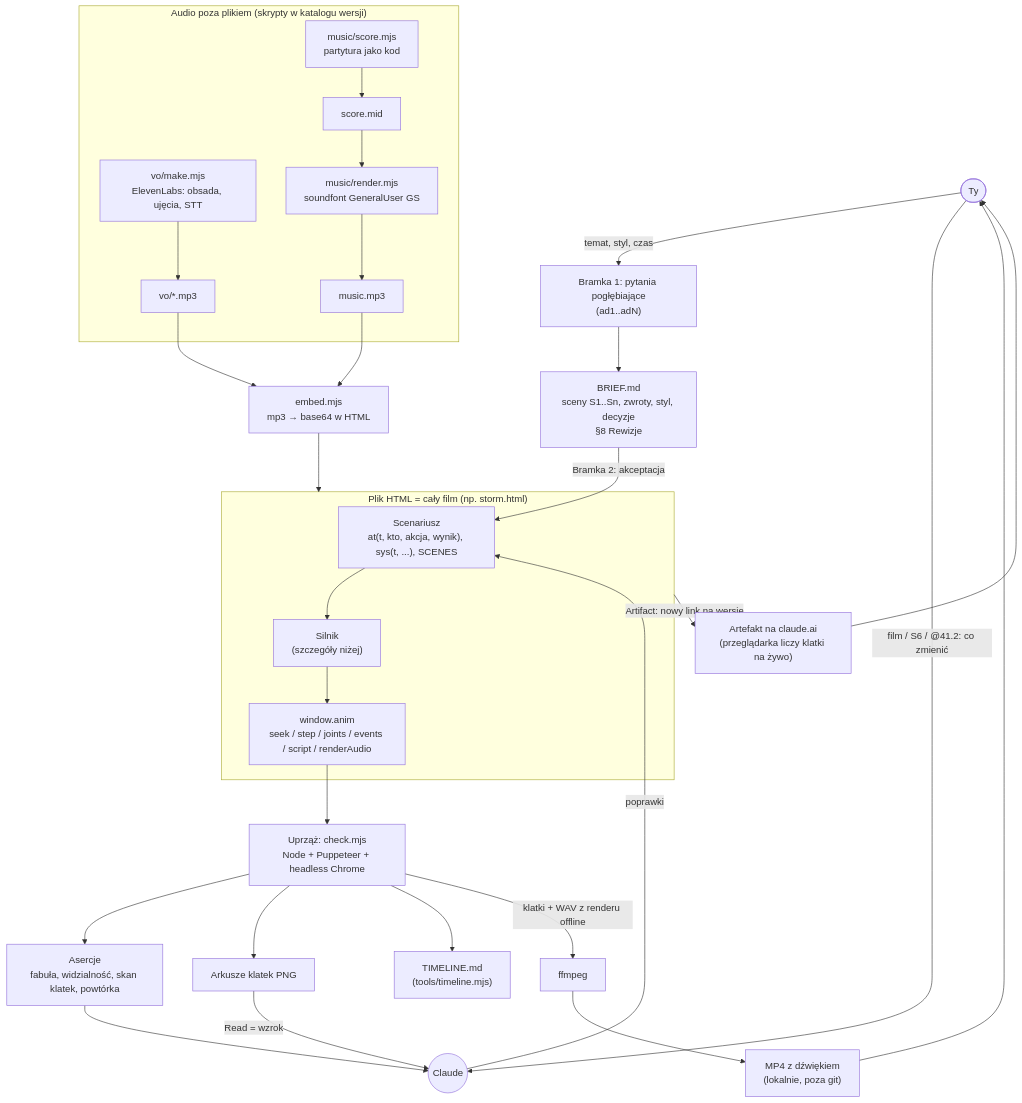
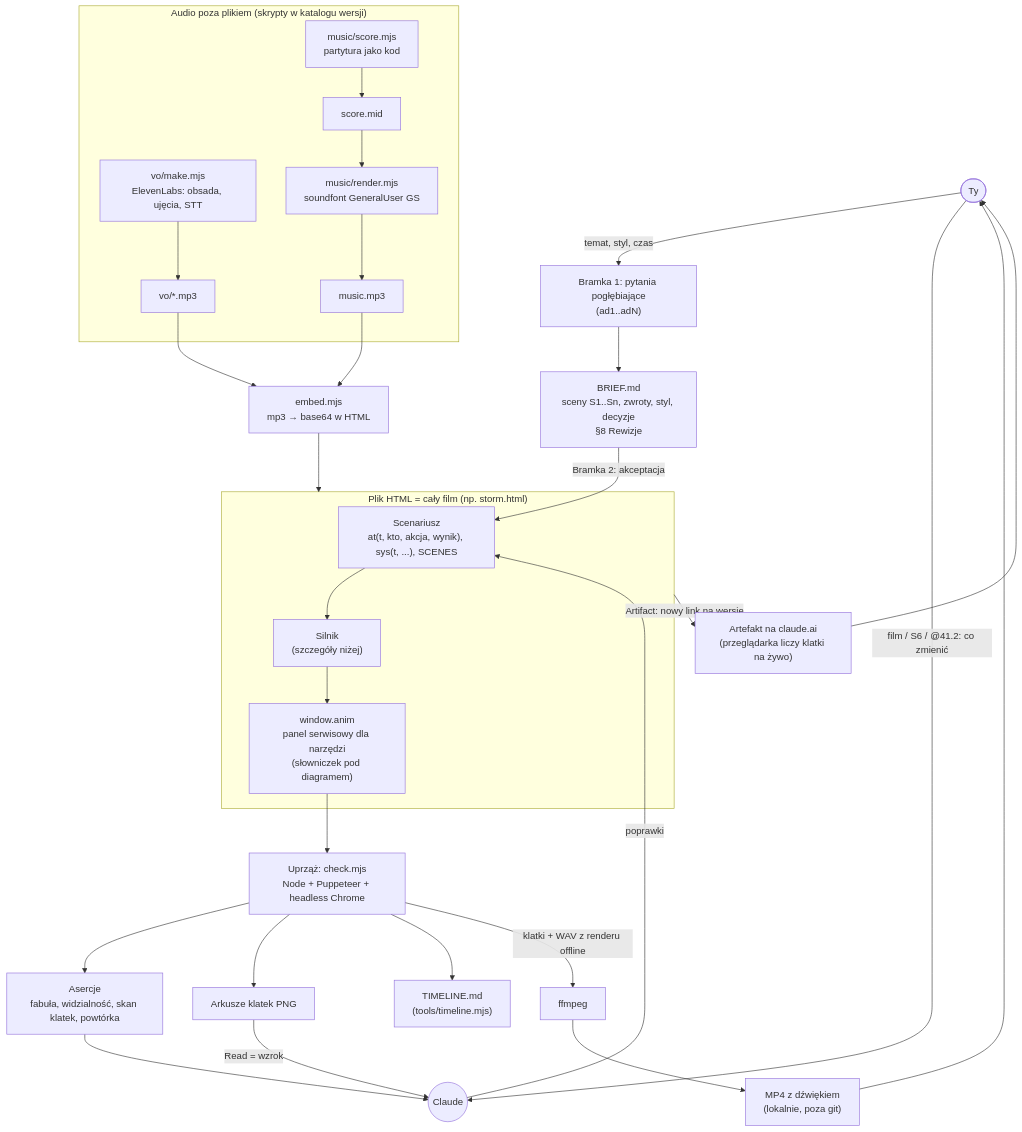
The first of 5 diagrams in docs/HOW-IT-WORKS.md (drswobodziczka/opus-having-fun-playground), drawn with Mermaid before and after one commit. The commit also changed other lines of this file and 7 other files, not shown here.

Commit message:
docs: HOW-IT-WORKS component definitions + window.anim glossary; music production glossary; global BACKLOG.md (MP4 releases, character/style swaps moved from PLAY-001); ANIM-001: frame scan as harness backbone, multi-skill gut feeling

````diff
--- a/docs/HOW-IT-WORKS.md
+++ b/docs/HOW-IT-WORKS.md
@@ -7,35 +7,35 @@
 ```mermaid
 flowchart TD
   U(["Ty"]) -->|"temat, styl, czas"| Q["Bramka 1: pytania pogłębiające<br/>(ad1..adN)"]
   Q --> BR["BRIEF.md<br/>sceny S1..Sn, zwroty, styl, decyzje<br/>§8 Rewizje"]
   BR -->|"Bramka 2: akceptacja"| CODE
 
   subgraph AUD["Audio poza plikiem (skrypty w katalogu wersji)"]
     VOS["vo/make.mjs<br/>ElevenLabs: obsada, ujęcia, STT"] --> VOF["vo/*.mp3"]
     SCO["music/score.mjs<br/>partytura jako kod"] --> MID["score.mid"] --> REN["music/render.mjs<br/>soundfont GeneralUser GS"] --> MUS["music.mp3"]
   end
   VOF --> EMB["embed.mjs<br/>mp3 → base64 w HTML"]
   MUS --> EMB
   EMB --> FILE
 
   subgraph FILE["Plik HTML = cały film (np. storm.html)"]
     CODE["Scenariusz<br/>at(t, kto, akcja, wynik), sys(t, ...), SCENES"]
     ENG["Silnik<br/>(szczegóły niżej)"]
-    API["window.anim<br/>seek / step / joints / events / script / renderAudio"]
+    API["window.anim<br/>panel serwisowy dla narzędzi<br/>(słowniczek pod diagramem)"]
     CODE --> ENG --> API
   end
 
   API --> H["Uprząż: check.mjs<br/>Node + Puppeteer + headless Chrome"]
   H --> AS["Asercje<br/>fabuła, widzialność, skan klatek, powtórka"]
   H --> SH["Arkusze klatek PNG"]
   H --> TL["TIMELINE.md<br/>(tools/timeline.mjs)"]
   AS --> C(("Claude"))
   SH -->|"Read = wzrok"| C
   C -->|"poprawki"| CODE
 
   H -->|"klatki + WAV z renderu offline"| FF["ffmpeg"] --> MP4["MP4 z dźwiękiem<br/>(lokalnie, poza git)"]
   FILE -->|"Artifact: nowy link na wersję"| ART["Artefakt na claude.ai<br/>(przeglądarka liczy klatki na żywo)"]
   ART --> U
   MP4 --> U
   U -->|"film / S6 / @41.2: co zmienić"| C
 ```
````
